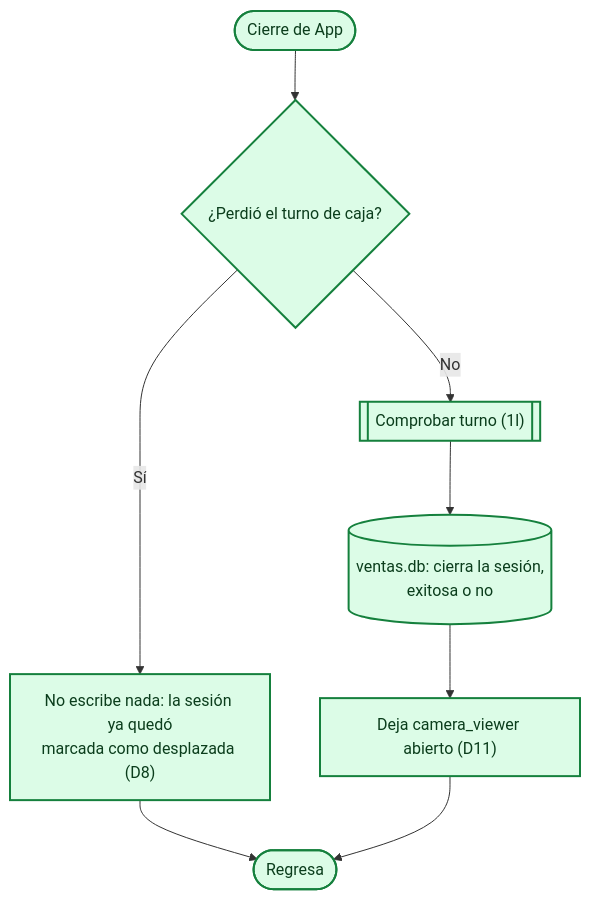
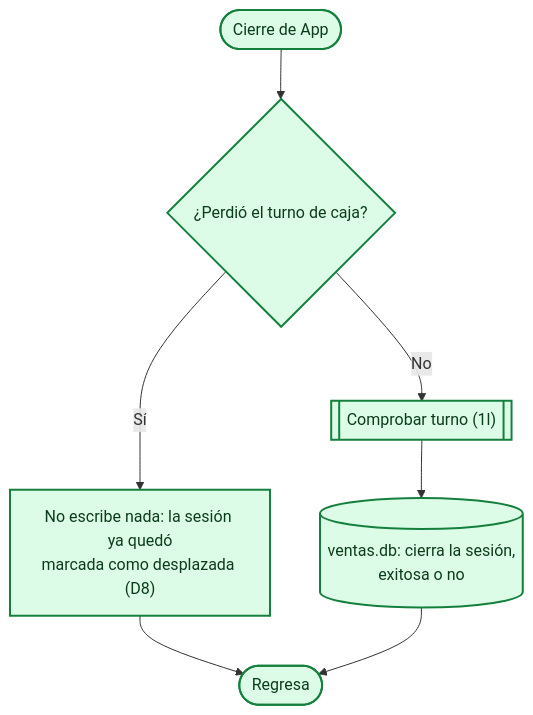
The diagram in v_3/docs/diagramas/flujo_01k_app_cierre.mmd (jesjack/sistema_ventas), drawn with Mermaid before and after one commit. The commit also changed 21 other files, not shown here.

```diff
--- a/v_3/docs/diagramas/flujo_01k_app_cierre.mmd
+++ b/v_3/docs/diagramas/flujo_01k_app_cierre.mmd
@@ -1,27 +1,25 @@
 %% chip: App
-%% 1k. Cierre de App. camera_viewer sigue abierto (D11); el candado lo suelta el SO.
+%% 1k. Cierre de App: solo cuando ya no queda nada abierto (D22). El candado lo suelta el SO.
 flowchart TD
     T0(["Cierre de App"])
     D0{"¿Perdió el turno de caja?"}
     H0["No escribe nada: la sesión ya quedó<br/>marcada como desplazada (D8)"]
     S1[["Comprobar turno (1l)"]]
     DB1[("ventas.db: cierra la sesión,<br/>exitosa o no")]
-    H1["Deja camera_viewer abierto (D11)"]
     T1(["Regresa"])
 
     T0 --> D0
     D0 -- "Sí" --> H0
     H0 --> T1
     D0 -- "No" --> S1
     S1 --> DB1
-    DB1 --> H1
-    H1 --> T1
+    DB1 --> T1
 
     classDef default fill:#dcfce7,stroke:#15803d,color:#0b3d1c,stroke-width:2px
     classDef par fill:#15803d,stroke:#111827,color:#ffffff,stroke-width:2px
     classDef app fill:#dcfce7,stroke:#15803d,color:#0b3d1c,stroke-width:2px
     classDef sof fill:#dbeafe,stroke:#1d4ed8,color:#0b1f4d,stroke-width:2px
     classDef bas fill:#fef9c3,stroke:#a16207,color:#422006,stroke-width:2px
     classDef uno fill:#ccfbf1,stroke:#0f766e,color:#042f2e,stroke-width:2px
     classDef cam fill:#ffedd5,stroke:#c2410c,color:#431407,stroke-width:2px
     classDef ext fill:#f3f4f6,stroke:#6b7280,color:#1f2937,stroke-width:1px,stroke-dasharray:4 3
```
